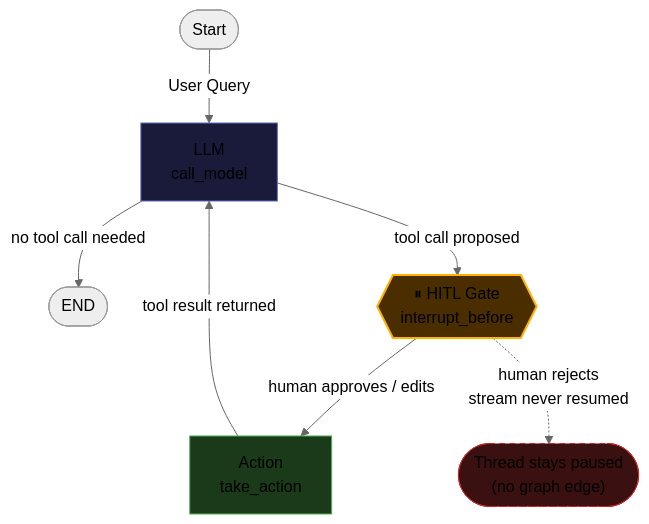
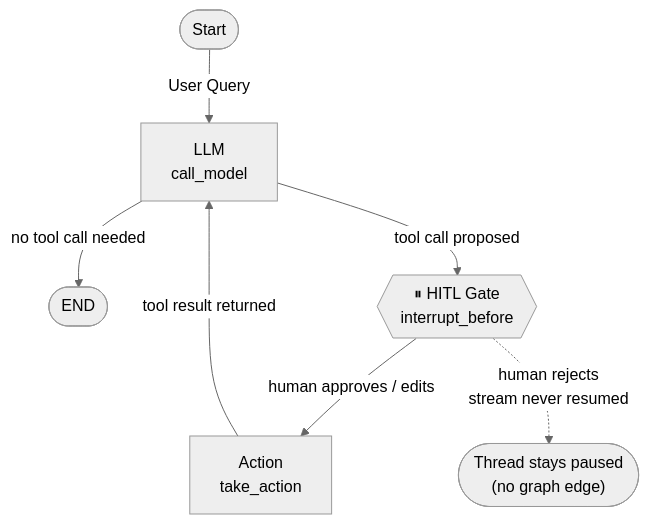
Before and after one commit to Koushik25022005/HITL-Incident-Engine: the diagram in README.md, drawn with Mermaid (neutral theme).

Commit message:
Remove style definitions from README
Removed style definitions for GATE, STOP, Action, and LLM from the README.

````diff
--- a/README.md
+++ b/README.md
@@ -46,14 +46,10 @@
 ```mermaid
 flowchart TD
     Start([Start]) -->|User Query| LLM[LLM<br/>call_model]
     LLM -->|no tool call needed| END([END])
     LLM -->|tool call proposed| GATE{{"⏸ HITL Gate<br/>interrupt_before"}}
     GATE -->|human approves / edits| Action[Action<br/>take_action]
     GATE -.->|human rejects<br/>stream never resumed| STOP(["Thread stays paused<br/>(no graph edge)"])
     Action -->|tool result returned| LLM
 
-    style GATE fill:#4a2e00,stroke:#ffb300,stroke-width:2px
-    style STOP fill:#3a1010,stroke:#c62828,stroke-dasharray: 5 5
-    style Action fill:#1a3a1a,stroke:#4caf50
-    style LLM fill:#1a1a3a,stroke:#5c6bc0
 ```
````
